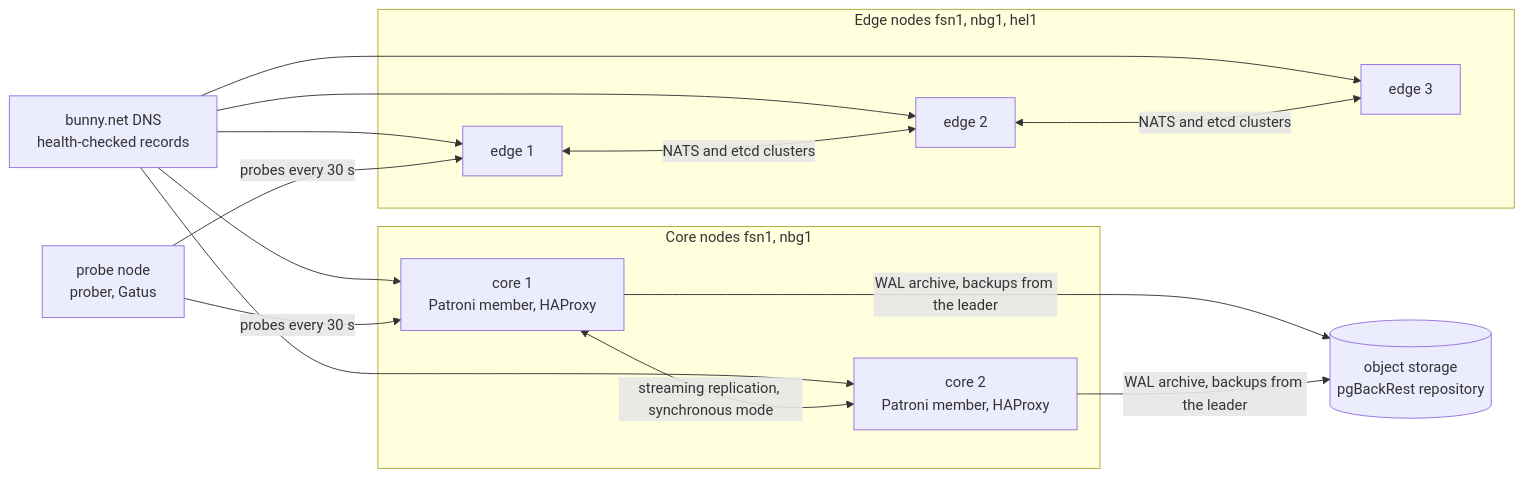
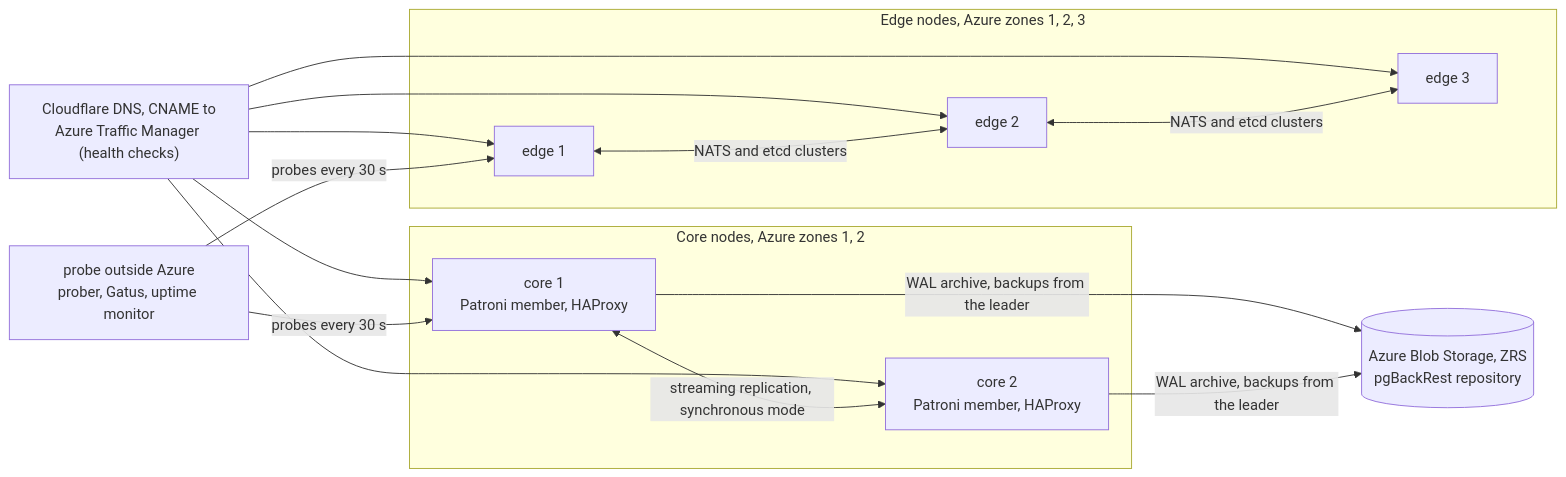
One commit to justmert/veristar changed the fifth of 5 diagrams in docs/architecture.md. Above: the diagram before and after it, drawn with Mermaid. The commit also changed other lines of this file and 190 other files, not shown here.

````diff
--- a/docs/architecture.md
+++ b/docs/architecture.md
@@ -247,22 +250,22 @@
 ```mermaid
 flowchart LR
-  dns["bunny.net DNS<br/>health-checked records"]
-  subgraph e["Edge nodes fsn1, nbg1, hel1"]
+  dns["Cloudflare DNS, CNAME to<br/>Azure Traffic Manager (health checks)"]
+  subgraph e["Edge nodes, Azure zones 1, 2, 3"]
     e1["edge 1"]
     e2["edge 2"]
     e3["edge 3"]
   end
-  subgraph c["Core nodes fsn1, nbg1"]
+  subgraph c["Core nodes, Azure zones 1, 2"]
     c1["core 1<br/>Patroni member, HAProxy"]
     c2["core 2<br/>Patroni member, HAProxy"]
   end
-  s3[("object storage<br/>pgBackRest repository")]
-  p["probe node<br/>prober, Gatus"]
+  s3[("Azure Blob Storage, ZRS<br/>pgBackRest repository")]
+  p["probe outside Azure<br/>prober, Gatus, uptime monitor"]
   dns --> e1 & e2 & e3
   dns --> c1 & c2
   e1 <-- "NATS and etcd clusters" --> e2
   e2 <-- "NATS and etcd clusters" --> e3
   c1 <-- "streaming replication, synchronous mode" --> c2
   c1 & c2 -- "WAL archive, backups from the leader" --> s3
   p -- "probes every 30 s" --> e1 & c1
 ```
````
